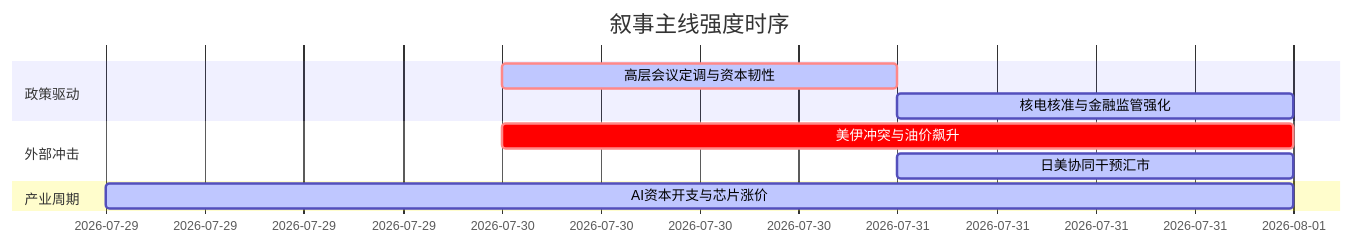
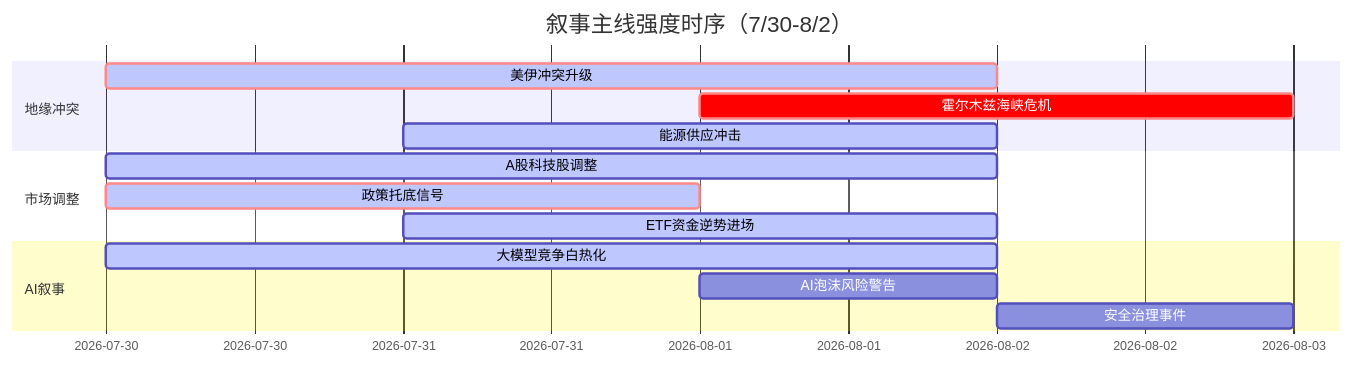
One commit to uu5zn/uu5zn.github.io changed the diagram in 5day_report.md. Above: the diagram before and after it, drawn with Mermaid. The commit also changed other lines of this file and 3 other files, not shown here.

````diff
--- a/5day_report.md
+++ b/5day_report.md
@@ -55,15 +58,19 @@
 ```mermaid
 gantt
-    title 叙事主线强度时序
-    dateFormat  YYYY-MM-DD
-    section 政策驱动
-    高层会议定调与资本韧性   :crit, active, 2026-07-30, 1d
-    核电核准与金融监管强化   :active, 2026-07-31, 1d
+    title 叙事主线强度时序（7/30-8/2）
+    dateFormat YYYY-MM-DD
+    section 地缘冲突
+    美伊冲突升级        :crit, active, 2026-07-30, 3d
+    霍尔木兹海峡危机    :crit, 2026-08-01, 2d
+    能源供应冲击       :active, 2026-07-31, 2d
     
-    section 外部冲击
-    美伊冲突与油价飙升       :crit, 2026-07-30, 2d
-    日美协同干预汇市         :active, 2026-07-31, 1d
+    section 市场调整
+    A股科技股调整      :active, 2026-07-30, 3d
+    政策托底信号       :crit, active, 2026-07-30, 2d
+    ETF资金逆势进场    :active, 2026-07-31, 2d
     
-    section 产业周期
-    AI资本开支与芯片涨价     :active, 2026-07-29, 3d
+    section AI叙事
+    大模型竞争白热化   :active, 2026-07-30, 3d
+    AI泡沫风险警告     :2026-08-01, 1d
+    安全治理事件       :2026-08-02, 1d
 ```
````
